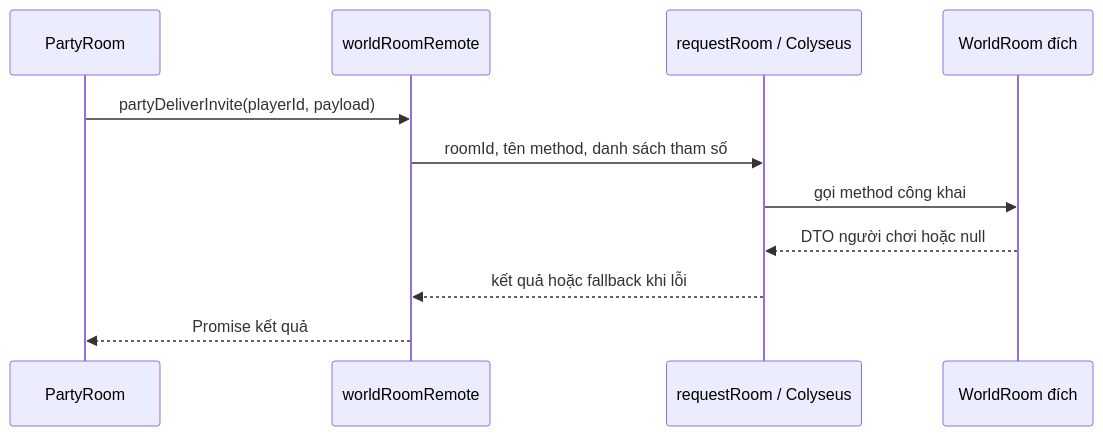
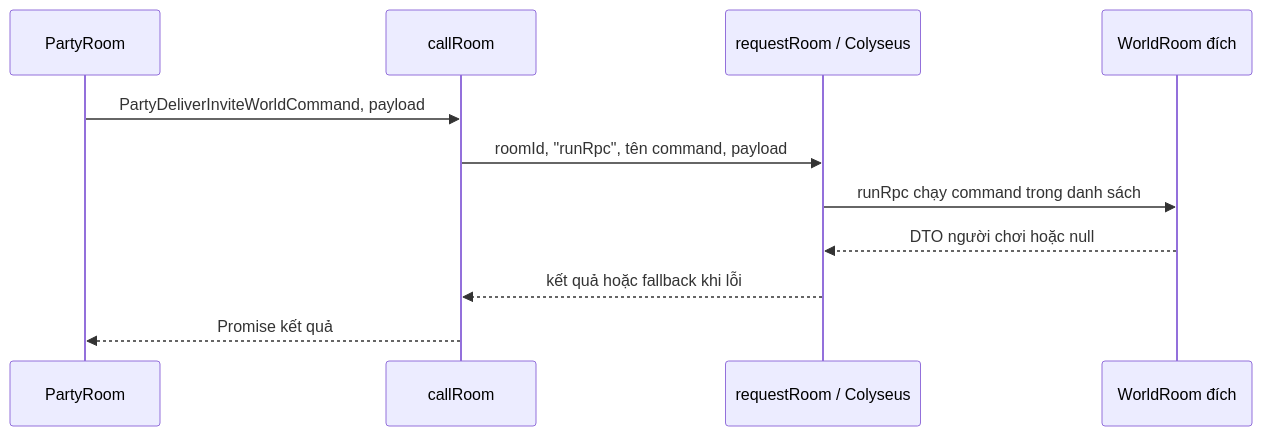
Before and after one commit to atjpta/ERPG-server: the diagram in docs/room-interactions.md, drawn with Mermaid. The commit also changed other lines of this file and 152 other files, not shown here.

````diff
--- a/docs/room-interactions.md
+++ b/docs/room-interactions.md
@@ -74,13 +73,13 @@
 ```mermaid
 sequenceDiagram
     participant P as PartyRoom
-    participant C as worldRoomRemote
+    participant C as callRoom
     participant T as requestRoom / Colyseus
     participant W as WorldRoom đích
-    P->>C: partyDeliverInvite(playerId, payload)
-    C->>T: roomId, tên method, danh sách tham số
-    T->>W: gọi method công khai
+    P->>C: PartyDeliverInviteWorldCommand, payload
+    C->>T: roomId, "runRpc", tên command, payload
+    T->>W: runRpc chạy command trong danh sách
     W-->>T: DTO người chơi hoặc null
     T-->>C: kết quả hoặc fallback khi lỗi
     C-->>P: Promise kết quả
 ```
````
